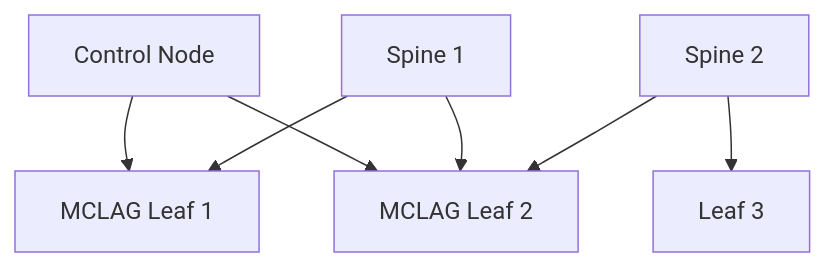
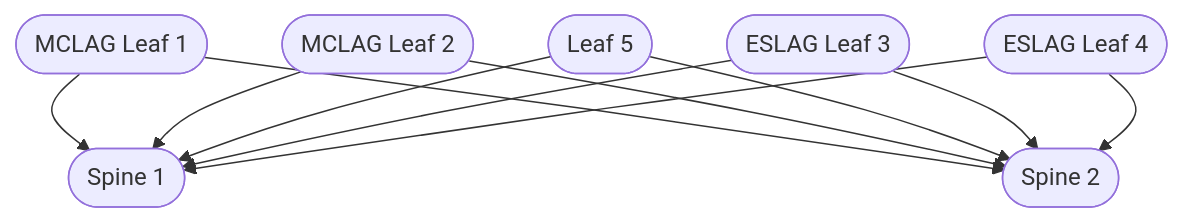
One commit to githedgehog/docs changed the first of 2 diagrams in docs/vlab/demo.md. Above: the diagram before and after it, drawn with Mermaid. The commit also changed other lines of this file, not shown here.

Commit message:
change mermaid diagrams

````diff
--- a/docs/vlab/demo.md
+++ b/docs/vlab/demo.md
@@ -18,19 +18,14 @@
 ```mermaid
 graph TD
-    CN[Control Node]
+    S1([Spine 1])
+    S2([Spine 2])
 
-    S1[Spine 1]
-    S2[Spine 2]
+    L1([MCLAG Leaf 1])
+    L2([MCLAG Leaf 2])
+    L3([ESLAG Leaf 3])
+    L4([ESLAG Leaf 4])
+    L5([Leaf 5])
 
-    L1[MCLAG Leaf 1]
-    L2[MCLAG Leaf 2]
-    L3[Leaf 3]
 
-    CN --> L1
-    CN --> L2
-
-    S1 --> L1
-    S1 --> L2
-    S2 --> L2
-    S2 --> L3
+    L1 & L2 & L5 & L3 & L4 --> S1 & S2
 ```
````
